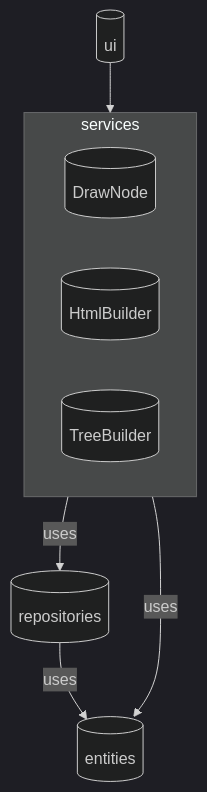
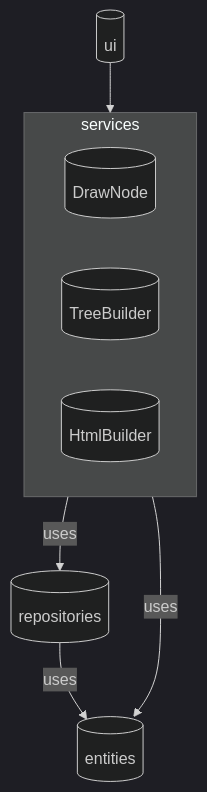
Before and after one commit to gitelras/html-editori: the diagram in dokumentaatio/arkkitehtuuri.md, drawn with Mermaid (dark theme). The commit also changed other lines of this file, not shown here.

````diff
--- a/dokumentaatio/arkkitehtuuri.md
+++ b/dokumentaatio/arkkitehtuuri.md
@@ -5,17 +5,17 @@
 ```mermaid
 graph TD;
     subgraph services ["services"]
         DrawNode[("DrawNode")]
-        HtmlBuilder[("HtmlBuilder")]
-        TreeBuilder[("TreeBuilder")]
+        HtmlBuilder[("TreeBuilder")]
+        TreeBuilder[("HtmlBuilder")]
     end
 
     ui[("ui")]
     repositories[("repositories")]
     entities[("entities")]
 
     ui --> services
     services -->|uses| repositories
     services -->|uses| entities
     repositories -->|uses| entities
 ```
````
